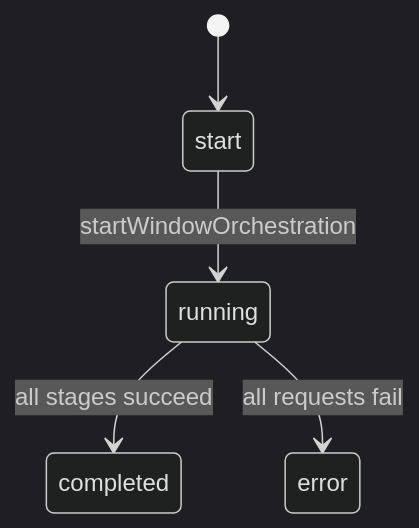
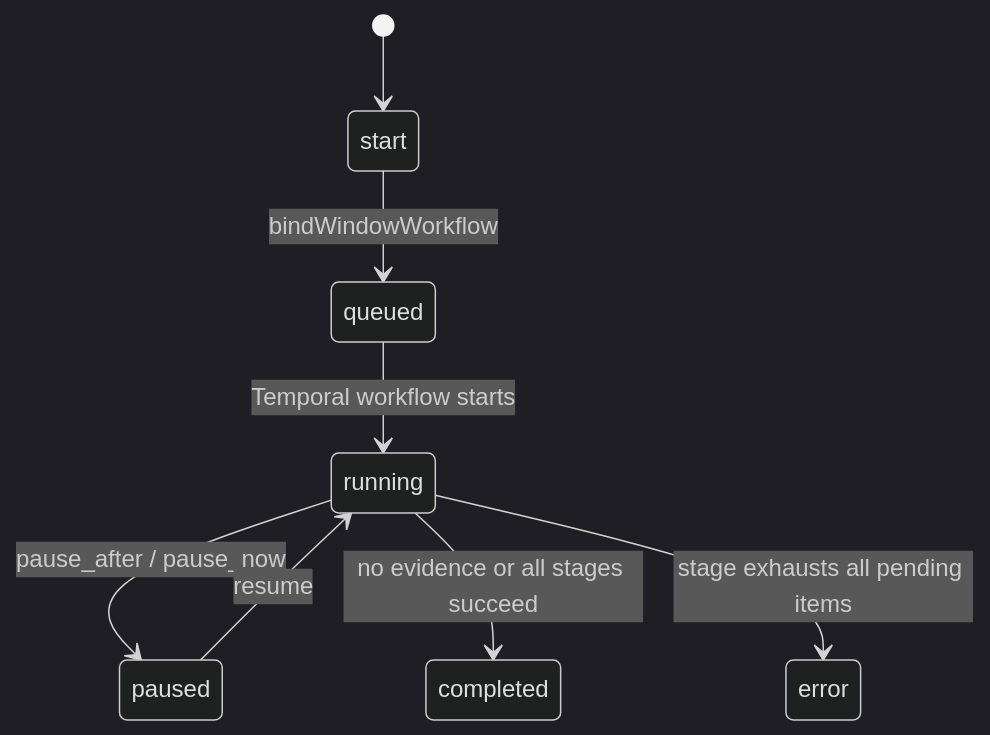
The second of 5 diagrams in README.md (theonetruejesse/judge-gym), drawn with Mermaid (dark theme) before and after one commit. The commit also changed other lines of this file and 22 other files, not shown here.

Commit message:
Migrate window workflow to Temporal

````diff
--- a/README.md
+++ b/README.md
@@ -369,7 +371,10 @@
 ```mermaid
 stateDiagram-v2
   [*] --> start
-  start --> running: startWindowOrchestration
-  running --> completed: all stages succeed
-  running --> error: all requests fail
+  start --> queued: bindWindowWorkflow
+  queued --> running: Temporal workflow starts
+  running --> paused: pause_after / pause_now
+  paused --> running: resume
+  running --> completed: no evidence or all stages succeed
+  running --> error: stage exhausts all pending items
 ```
````
